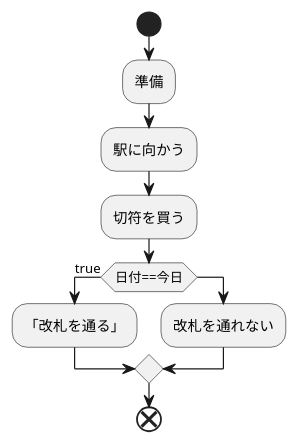
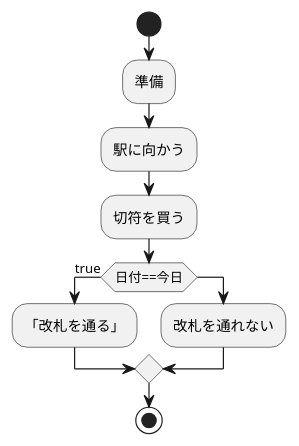
One commit to Aso2001224/2021sys-design changed the diagram in life.md. Above: the diagram before and after it, drawn with PlantUML.

````diff
--- a/life.md
+++ b/life.md
@@ -1,16 +1,16 @@
 ```uml
 @startuml
 start
 :準備;
 :駅に向かう;
 :切符を買う;
 
 if(日付==今日)then(true)
 :「改札を通る」;
 else 
 :改札を通れない;
 endif
-end
+stop
 
 @enduml
 ```
````
